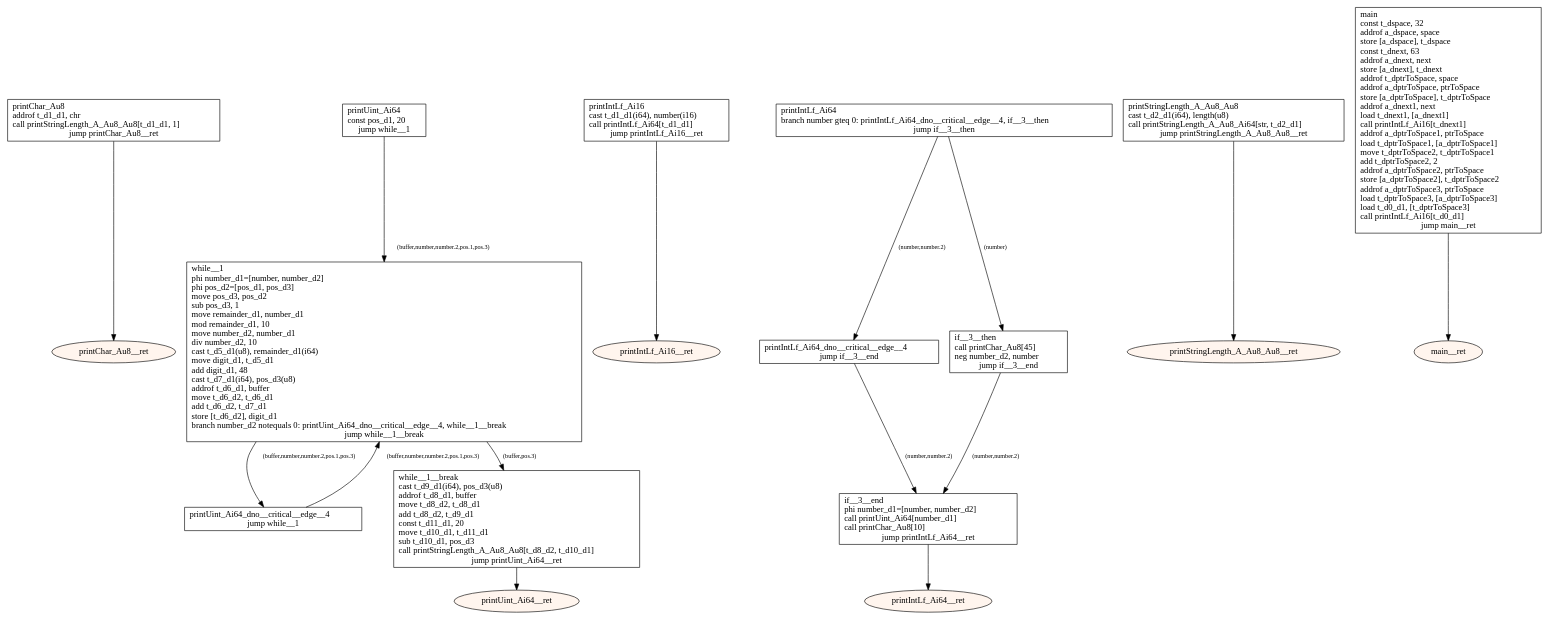
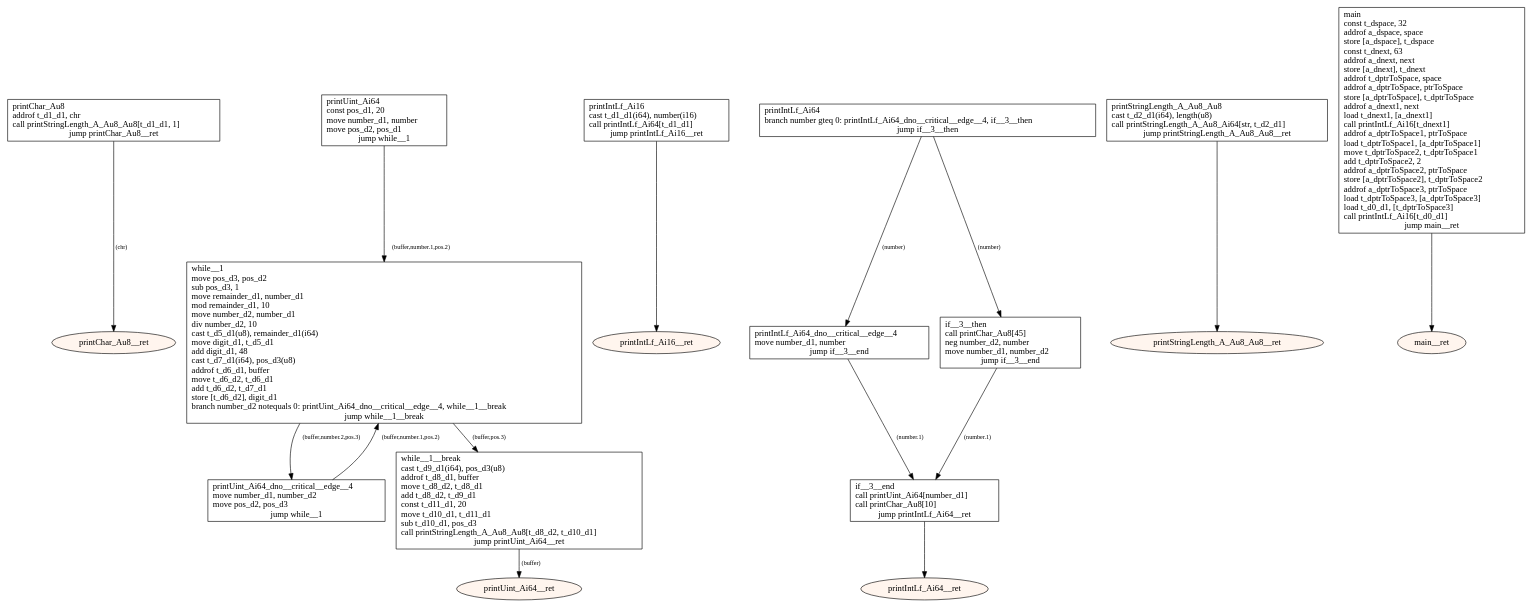
One commit to tmssngr/tinyC changed the diagram in src/main/resources-test/compiler/windows/global vars.dot. Above: the diagram before and after it, drawn with Graphviz. The commit also changed 159 other files, not shown here.

```diff
--- a/src/main/resources-test/compiler/windows/global vars.dot
+++ b/src/main/resources-test/compiler/windows/global vars.dot
@@ -1,47 +1,47 @@
 digraph program {
 	edge[fontsize="10pt"];
 	subgraph fn_printChar_Au8 {
 		BasicBlock_0_printChar_Au8 [label="printChar_Au8\laddrof t_d1_d1, chr\lcall printStringLength_A_Au8_Au8[t_d1_d1, 1]\ljump printChar_Au8__ret",shape=box];
-		BasicBlock_0_printChar_Au8 -> BasicBlock_0_printChar_Au8__ret;
+		BasicBlock_0_printChar_Au8 -> BasicBlock_0_printChar_Au8__ret [label="(chr)"];
 		BasicBlock_0_printChar_Au8__ret [label="printChar_Au8__ret",shape=oval,style=filled,fillcolor="#fff5ee"];
 	}
 	subgraph fn_printUint_Ai64 {
-		BasicBlock_1_printUint_Ai64 [label="printUint_Ai64\lconst pos_d1, 20\ljump while__1",shape=box];
-		BasicBlock_1_printUint_Ai64 -> BasicBlock_1_while__1 [label="(buffer,number,number.2,pos.1,pos.3)"];
-		BasicBlock_1_printUint_Ai64_dno__critical__edge__4 [label="printUint_Ai64_dno__critical__edge__4\ljump while__1",shape=box];
-		BasicBlock_1_printUint_Ai64_dno__critical__edge__4 -> BasicBlock_1_while__1 [label="(buffer,number,number.2,pos.1,pos.3)"];
-		BasicBlock_1_while__1 [label="while__1\lphi number_d1=[number, number_d2]\lphi pos_d2=[pos_d1, pos_d3]\lmove pos_d3, pos_d2\lsub pos_d3, 1\lmove remainder_d1, number_d1\lmod remainder_d1, 10\lmove number_d2, number_d1\ldiv number_d2, 10\lcast t_d5_d1(u8), remainder_d1(i64)\lmove digit_d1, t_d5_d1\ladd digit_d1, 48\lcast t_d7_d1(i64), pos_d3(u8)\laddrof t_d6_d1, buffer\lmove t_d6_d2, t_d6_d1\ladd t_d6_d2, t_d7_d1\lstore [t_d6_d2], digit_d1\lbranch number_d2 notequals 0: printUint_Ai64_dno__critical__edge__4, while__1__break\ljump while__1__break",shape=box];
-		BasicBlock_1_while__1 -> BasicBlock_1_printUint_Ai64_dno__critical__edge__4 [label="(buffer,number,number.2,pos.1,pos.3)"];
+		BasicBlock_1_printUint_Ai64 [label="printUint_Ai64\lconst pos_d1, 20\lmove number_d1, number\lmove pos_d2, pos_d1\ljump while__1",shape=box];
+		BasicBlock_1_printUint_Ai64 -> BasicBlock_1_while__1 [label="(buffer,number.1,pos.2)"];
+		BasicBlock_1_printUint_Ai64_dno__critical__edge__4 [label="printUint_Ai64_dno__critical__edge__4\lmove number_d1, number_d2\lmove pos_d2, pos_d3\ljump while__1",shape=box];
+		BasicBlock_1_printUint_Ai64_dno__critical__edge__4 -> BasicBlock_1_while__1 [label="(buffer,number.1,pos.2)"];
+		BasicBlock_1_while__1 [label="while__1\lmove pos_d3, pos_d2\lsub pos_d3, 1\lmove remainder_d1, number_d1\lmod remainder_d1, 10\lmove number_d2, number_d1\ldiv number_d2, 10\lcast t_d5_d1(u8), remainder_d1(i64)\lmove digit_d1, t_d5_d1\ladd digit_d1, 48\lcast t_d7_d1(i64), pos_d3(u8)\laddrof t_d6_d1, buffer\lmove t_d6_d2, t_d6_d1\ladd t_d6_d2, t_d7_d1\lstore [t_d6_d2], digit_d1\lbranch number_d2 notequals 0: printUint_Ai64_dno__critical__edge__4, while__1__break\ljump while__1__break",shape=box];
+		BasicBlock_1_while__1 -> BasicBlock_1_printUint_Ai64_dno__critical__edge__4 [label="(buffer,number.2,pos.3)"];
 		BasicBlock_1_while__1 -> BasicBlock_1_while__1__break [label="(buffer,pos.3)"];
 		BasicBlock_1_while__1__break [label="while__1__break\lcast t_d9_d1(i64), pos_d3(u8)\laddrof t_d8_d1, buffer\lmove t_d8_d2, t_d8_d1\ladd t_d8_d2, t_d9_d1\lconst t_d11_d1, 20\lmove t_d10_d1, t_d11_d1\lsub t_d10_d1, pos_d3\lcall printStringLength_A_Au8_Au8[t_d8_d2, t_d10_d1]\ljump printUint_Ai64__ret",shape=box];
-		BasicBlock_1_while__1__break -> BasicBlock_1_printUint_Ai64__ret;
+		BasicBlock_1_while__1__break -> BasicBlock_1_printUint_Ai64__ret [label="(buffer)"];
 		BasicBlock_1_printUint_Ai64__ret [label="printUint_Ai64__ret",shape=oval,style=filled,fillcolor="#fff5ee"];
 	}
 	subgraph fn_printIntLf_Ai16 {
 		BasicBlock_2_printIntLf_Ai16 [label="printIntLf_Ai16\lcast t_d1_d1(i64), number(i16)\lcall printIntLf_Ai64[t_d1_d1]\ljump printIntLf_Ai16__ret",shape=box];
 		BasicBlock_2_printIntLf_Ai16 -> BasicBlock_2_printIntLf_Ai16__ret;
 		BasicBlock_2_printIntLf_Ai16__ret [label="printIntLf_Ai16__ret",shape=oval,style=filled,fillcolor="#fff5ee"];
 	}
 	subgraph fn_printIntLf_Ai64 {
 		BasicBlock_3_printIntLf_Ai64 [label="printIntLf_Ai64\lbranch number gteq 0: printIntLf_Ai64_dno__critical__edge__4, if__3__then\ljump if__3__then",shape=box];
-		BasicBlock_3_printIntLf_Ai64 -> BasicBlock_3_printIntLf_Ai64_dno__critical__edge__4 [label="(number,number.2)"];
+		BasicBlock_3_printIntLf_Ai64 -> BasicBlock_3_printIntLf_Ai64_dno__critical__edge__4 [label="(number)"];
 		BasicBlock_3_printIntLf_Ai64 -> BasicBlock_3_if__3__then [label="(number)"];
-		BasicBlock_3_printIntLf_Ai64_dno__critical__edge__4 [label="printIntLf_Ai64_dno__critical__edge__4\ljump if__3__end",shape=box];
-		BasicBlock_3_printIntLf_Ai64_dno__critical__edge__4 -> BasicBlock_3_if__3__end [label="(number,number.2)"];
-		BasicBlock_3_if__3__then [label="if__3__then\lcall printChar_Au8[45]\lneg number_d2, number\ljump if__3__end",shape=box];
-		BasicBlock_3_if__3__then -> BasicBlock_3_if__3__end [label="(number,number.2)"];
-		BasicBlock_3_if__3__end [label="if__3__end\lphi number_d1=[number, number_d2]\lcall printUint_Ai64[number_d1]\lcall printChar_Au8[10]\ljump printIntLf_Ai64__ret",shape=box];
+		BasicBlock_3_printIntLf_Ai64_dno__critical__edge__4 [label="printIntLf_Ai64_dno__critical__edge__4\lmove number_d1, number\ljump if__3__end",shape=box];
+		BasicBlock_3_printIntLf_Ai64_dno__critical__edge__4 -> BasicBlock_3_if__3__end [label="(number.1)"];
+		BasicBlock_3_if__3__then [label="if__3__then\lcall printChar_Au8[45]\lneg number_d2, number\lmove number_d1, number_d2\ljump if__3__end",shape=box];
+		BasicBlock_3_if__3__then -> BasicBlock_3_if__3__end [label="(number.1)"];
+		BasicBlock_3_if__3__end [label="if__3__end\lcall printUint_Ai64[number_d1]\lcall printChar_Au8[10]\ljump printIntLf_Ai64__ret",shape=box];
 		BasicBlock_3_if__3__end -> BasicBlock_3_printIntLf_Ai64__ret;
 		BasicBlock_3_printIntLf_Ai64__ret [label="printIntLf_Ai64__ret",shape=oval,style=filled,fillcolor="#fff5ee"];
 	}
 	subgraph fn_printStringLength_A_Au8_Au8 {
 		BasicBlock_4_printStringLength_A_Au8_Au8 [label="printStringLength_A_Au8_Au8\lcast t_d2_d1(i64), length(u8)\lcall printStringLength_A_Au8_Ai64[str, t_d2_d1]\ljump printStringLength_A_Au8_Au8__ret",shape=box];
 		BasicBlock_4_printStringLength_A_Au8_Au8 -> BasicBlock_4_printStringLength_A_Au8_Au8__ret;
 		BasicBlock_4_printStringLength_A_Au8_Au8__ret [label="printStringLength_A_Au8_Au8__ret",shape=oval,style=filled,fillcolor="#fff5ee"];
 	}
 	subgraph fn_main {
 		BasicBlock_5_main [label="main\lconst t_dspace, 32\laddrof a_dspace, space\lstore [a_dspace], t_dspace\lconst t_dnext, 63\laddrof a_dnext, next\lstore [a_dnext], t_dnext\laddrof t_dptrToSpace, space\laddrof a_dptrToSpace, ptrToSpace\lstore [a_dptrToSpace], t_dptrToSpace\laddrof a_dnext1, next\lload t_dnext1, [a_dnext1]\lcall printIntLf_Ai16[t_dnext1]\laddrof a_dptrToSpace1, ptrToSpace\lload t_dptrToSpace1, [a_dptrToSpace1]\lmove t_dptrToSpace2, t_dptrToSpace1\ladd t_dptrToSpace2, 2\laddrof a_dptrToSpace2, ptrToSpace\lstore [a_dptrToSpace2], t_dptrToSpace2\laddrof a_dptrToSpace3, ptrToSpace\lload t_dptrToSpace3, [a_dptrToSpace3]\lload t_d0_d1, [t_dptrToSpace3]\lcall printIntLf_Ai16[t_d0_d1]\ljump main__ret",shape=box];
 		BasicBlock_5_main -> BasicBlock_5_main__ret;
 		BasicBlock_5_main__ret [label="main__ret",shape=oval,style=filled,fillcolor="#fff5ee"];
 	}
 }
```
